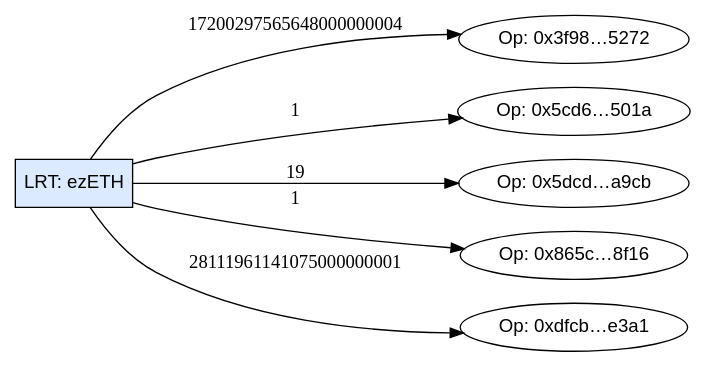
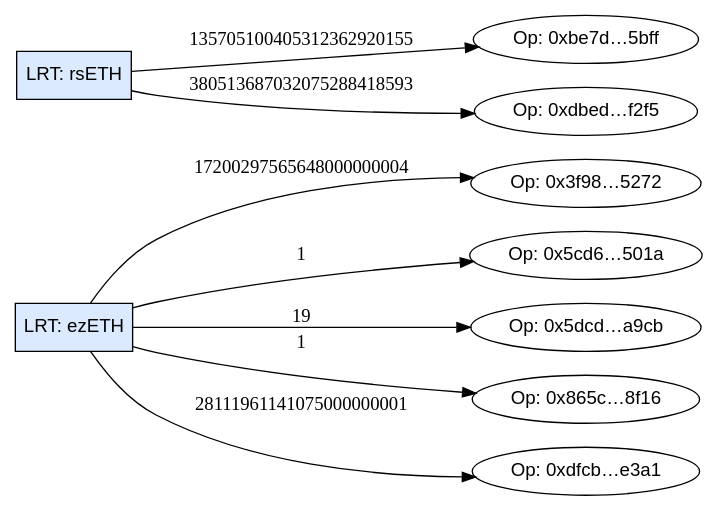
Before and after one commit to pjdurden/restake-xray: the diagram in data/latest.dot, drawn with Graphviz. The commit also changed 4 other files, not shown here.

```diff
--- a/data/latest.dot
+++ b/data/latest.dot
@@ -1,15 +1,20 @@
 digraph restake_xray {
   rankdir=LR;
   node [fontname="sans-serif"];
   "LRT: ezETH" [shape=box, style=filled, fillcolor="#dbeafe"];
+  "LRT: rsETH" [shape=box, style=filled, fillcolor="#dbeafe"];
   "Op: 0x3f98…5272" [shape=ellipse];
   "Op: 0x5cd6…501a" [shape=ellipse];
   "Op: 0x5dcd…a9cb" [shape=ellipse];
   "Op: 0x865c…8f16" [shape=ellipse];
+  "Op: 0xbe7d…5bff" [shape=ellipse];
+  "Op: 0xdbed…f2f5" [shape=ellipse];
   "Op: 0xdfcb…e3a1" [shape=ellipse];
   "LRT: ezETH" -> "Op: 0x3f98…5272" [label="17200297565648000000004"];
   "LRT: ezETH" -> "Op: 0x5cd6…501a" [label="1"];
   "LRT: ezETH" -> "Op: 0x5dcd…a9cb" [label="19"];
   "LRT: ezETH" -> "Op: 0x865c…8f16" [label="1"];
   "LRT: ezETH" -> "Op: 0xdfcb…e3a1" [label="28111961141075000000001"];
+  "LRT: rsETH" -> "Op: 0xbe7d…5bff" [label="135705100405312362920155"];
+  "LRT: rsETH" -> "Op: 0xdbed…f2f5" [label="380513687032075288418593"];
 }
```
